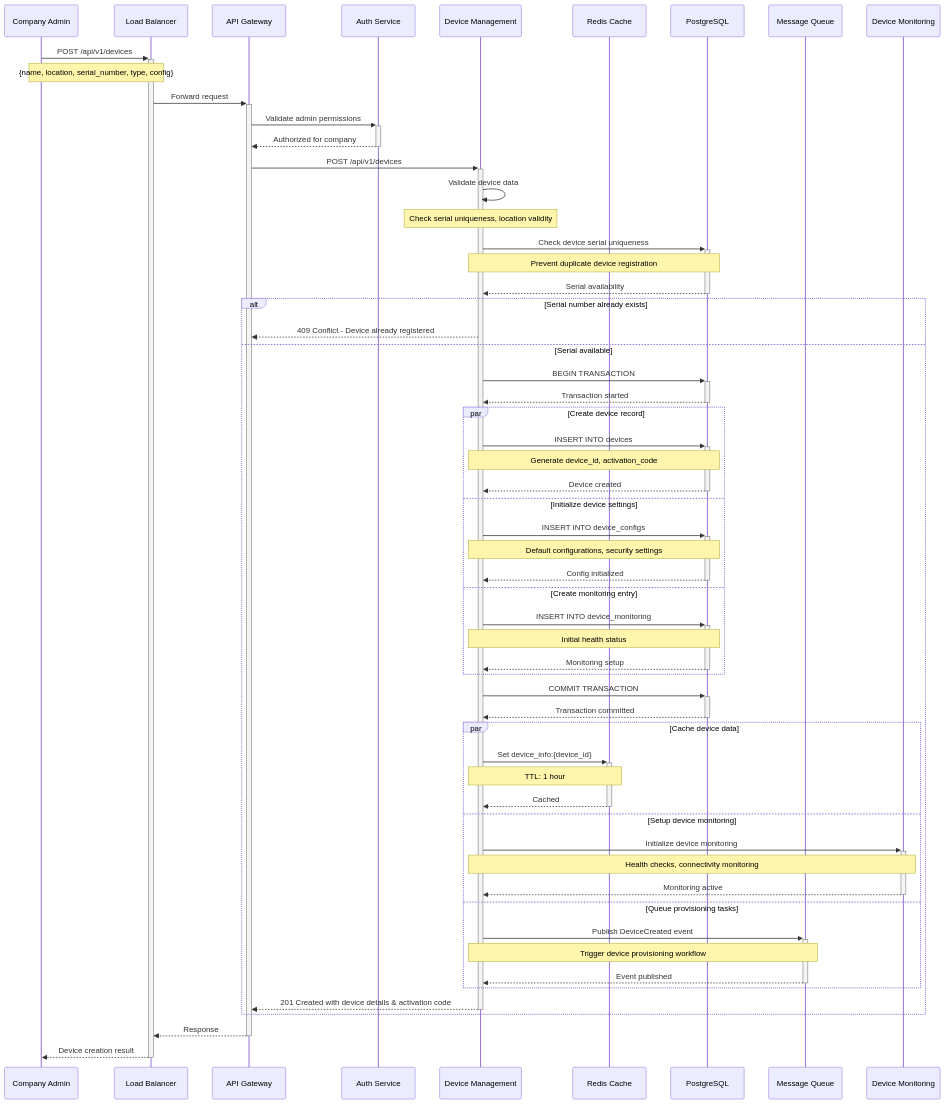
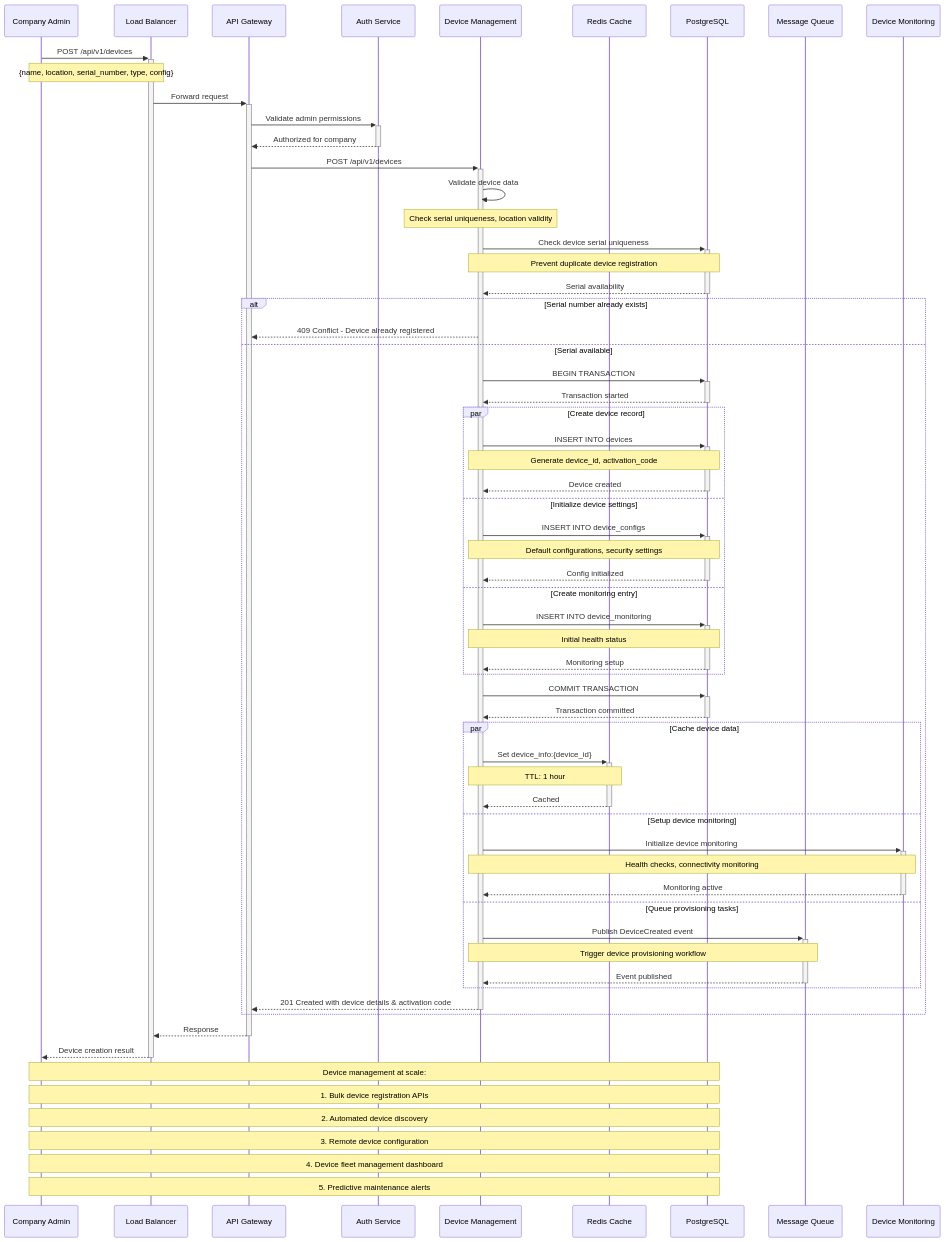
One commit to Youknow2509/cio_verify_face changed the diagram in doc/sequence_diagrams/device_mgmt/create_device.mmd. Above: the diagram before and after it, drawn with Mermaid. The commit also changed 46 other files, not shown here.

```diff
--- a/doc/sequence_diagrams/device_mgmt/create_device.mmd
+++ b/doc/sequence_diagrams/device_mgmt/create_device.mmd
@@ -1,69 +1,76 @@
 sequenceDiagram
     participant Admin as Company Admin
     participant LB as Load Balancer
     participant Gateway as API Gateway
     participant Auth as Auth Service
     participant DeviceMgmt as Device Management
     participant Cache as Redis Cache
     participant DB as PostgreSQL
     participant Queue as Message Queue
     participant Monitoring as Device Monitoring
 
     Admin->>+LB: POST /api/v1/devices
     Note over Admin,LB: {name, location, serial_number, type, config}
     
     LB->>+Gateway: Forward request
     Gateway->>+Auth: Validate admin permissions
     Auth-->>-Gateway: Authorized for company
     
     Gateway->>+DeviceMgmt: POST /api/v1/devices
     
     DeviceMgmt->>DeviceMgmt: Validate device data
     Note over DeviceMgmt: Check serial uniqueness, location validity
     
     DeviceMgmt->>+DB: Check device serial uniqueness
     Note over DeviceMgmt,DB: Prevent duplicate device registration
     DB-->>-DeviceMgmt: Serial availability
     
     alt Serial number already exists
         DeviceMgmt-->>Gateway: 409 Conflict - Device already registered
     else Serial available
         DeviceMgmt->>+DB: BEGIN TRANSACTION
         DB-->>-DeviceMgmt: Transaction started
         
         par Create device record
             DeviceMgmt->>+DB: INSERT INTO devices
             Note over DeviceMgmt,DB: Generate device_id, activation_code
             DB-->>-DeviceMgmt: Device created
         and Initialize device settings
             DeviceMgmt->>+DB: INSERT INTO device_configs
             Note over DeviceMgmt,DB: Default configurations, security settings
             DB-->>-DeviceMgmt: Config initialized
         and Create monitoring entry
             DeviceMgmt->>+DB: INSERT INTO device_monitoring
             Note over DeviceMgmt,DB: Initial health status
             DB-->>-DeviceMgmt: Monitoring setup
         end
         
         DeviceMgmt->>+DB: COMMIT TRANSACTION
         DB-->>-DeviceMgmt: Transaction committed
         
         par Cache device data
             DeviceMgmt->>+Cache: Set device_info:{device_id}
             Note over DeviceMgmt,Cache: TTL: 1 hour
             Cache-->>-DeviceMgmt: Cached
         and Setup device monitoring
             DeviceMgmt->>+Monitoring: Initialize device monitoring
             Note over DeviceMgmt,Monitoring: Health checks, connectivity monitoring
             Monitoring-->>-DeviceMgmt: Monitoring active
         and Queue provisioning tasks
             DeviceMgmt->>+Queue: Publish DeviceCreated event
             Note over DeviceMgmt,Queue: Trigger device provisioning workflow
             Queue-->>-DeviceMgmt: Event published
         end
         
         DeviceMgmt-->>-Gateway: 201 Created with device details & activation code
     end
     
     Gateway-->>-LB: Response
     LB-->>-Admin: Device creation result
+    
+    Note over Admin,DB: Device management at scale:
+    Note over Admin,DB: 1. Bulk device registration APIs
+    Note over Admin,DB: 2. Automated device discovery
+    Note over Admin,DB: 3. Remote device configuration
+    Note over Admin,DB: 4. Device fleet management dashboard
+    Note over Admin,DB: 5. Predictive maintenance alerts
```
